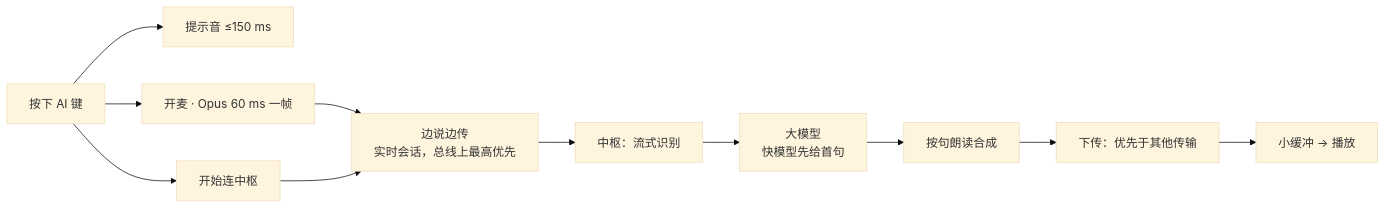
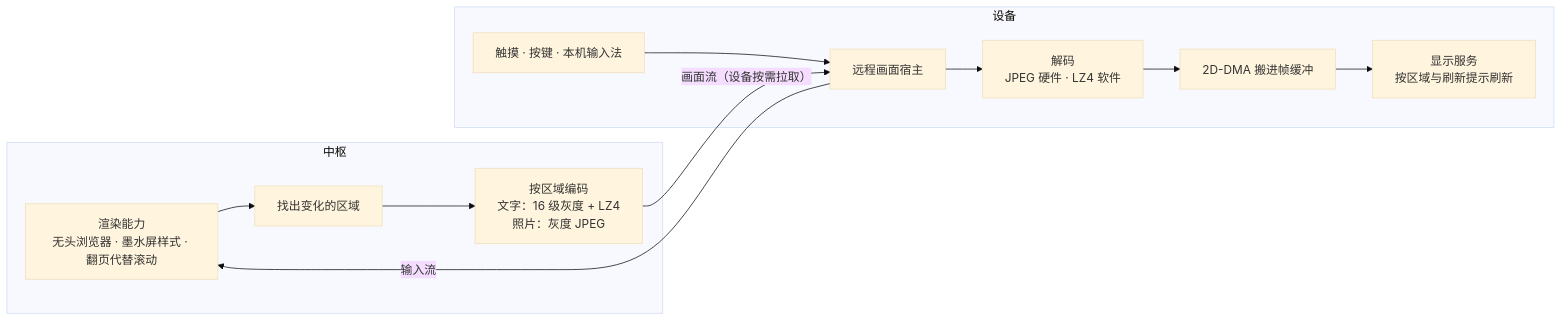
One commit to Gidean-zcx/ink changed the sixth of 6 diagrams in docs/system/system-architecture.md. Above: the diagram before and after it, drawn with Mermaid (base theme). The commit also changed other lines of this file and 3 other files, not shown here.

First line of the commit message:
docs: architecture v0.4, the realtime channel (hands-free voice, remote screen)

````diff
--- a/docs/system/system-architecture.md
+++ b/docs/system/system-architecture.md
@@ -456,13 +489,20 @@
 ```mermaid
 flowchart LR
-  K["按下 AI 键"] --> T["提示音 ≤150 ms"]
-  K --> C["开始连中枢"]
-  K --> M["开麦 · Opus 60 ms 一帧"]
-  M --> UP["边说边传<br/>实时会话，总线上最高优先"]
-  C --> UP
-  UP --> ASR["中枢：流式识别"]
-  ASR --> LLM["大模型<br/>快模型先给首句"]
-  LLM --> TTS["按句朗读合成"]
-  TTS --> DN["下传：优先于其他传输"]
-  DN --> PB["小缓冲 → 播放"]
+  subgraph HUB["中枢"]
+    BR["渲染能力<br/>无头浏览器 · 墨水屏样式 · 翻页代替滚动"]
+    DMG["找出变化的区域"]
+    ENC["按区域编码<br/>文字：16 级灰度 + LZ4<br/>照片：灰度 JPEG"]
+    BR --> DMG --> ENC
+  end
+  subgraph DEV["设备"]
+    HOST["远程画面宿主"]
+    DEC["解码<br/>JPEG 硬件 · LZ4 软件"]
+    FB["2D-DMA 搬进帧缓冲"]
+    DISP["显示服务<br/>按区域与刷新提示刷新"]
+    IN["触摸 · 按键 · 本机输入法"]
+    HOST --> DEC --> FB --> DISP
+    IN --> HOST
+  end
+  ENC -- "画面流（设备按需拉取）" --> HOST
+  HOST -- "输入流" --> BR
 ```
````
